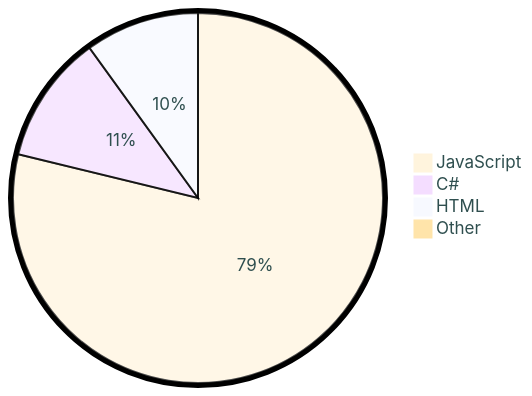
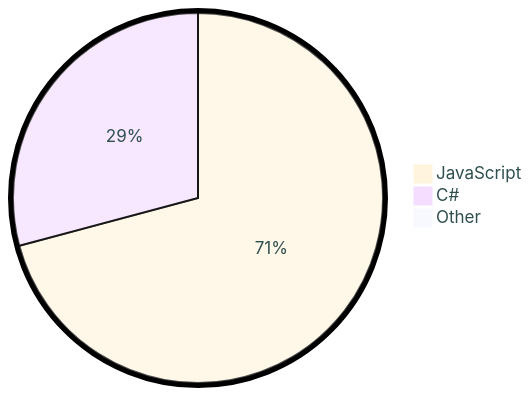
Before and after one commit to tot0p/tot0p: the diagram in README.md, drawn with Mermaid. The commit also changed other lines of this file, not shown here.

````diff
--- a/README.md
+++ b/README.md
@@ -71,8 +70,7 @@
 ```mermaid
 %%{init: {"pie": {"textPosition": 0.5}, "themeVariables": {"pieOuterStrokeWidth": "5px","primaryTextColor" : "#2F4F4F"},"theme":"base"} }%%
 pie
-	"JavaScript": 78.73
-	"C#": 11.23
-	"HTML": 9.95
-	"Other": 0.09
+	"JavaScript": 70.62
+	"C#": 29.06
+	"Other": 0.32
 ```
````
